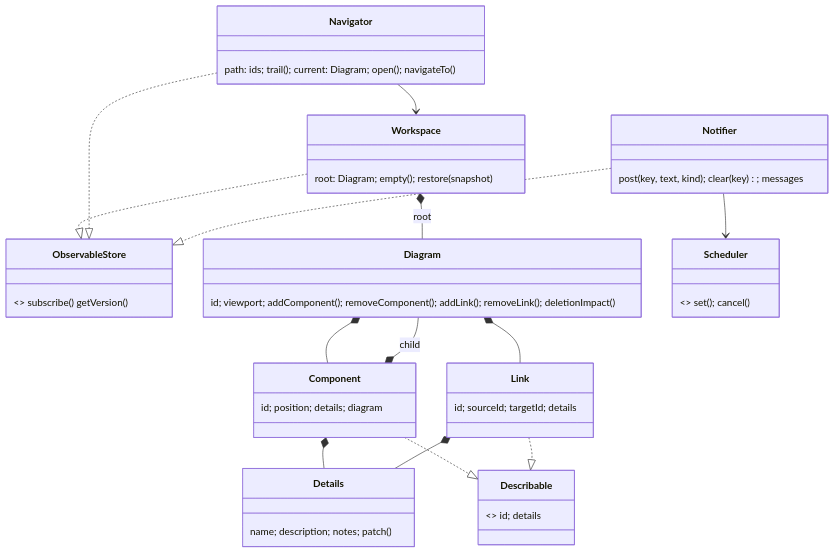
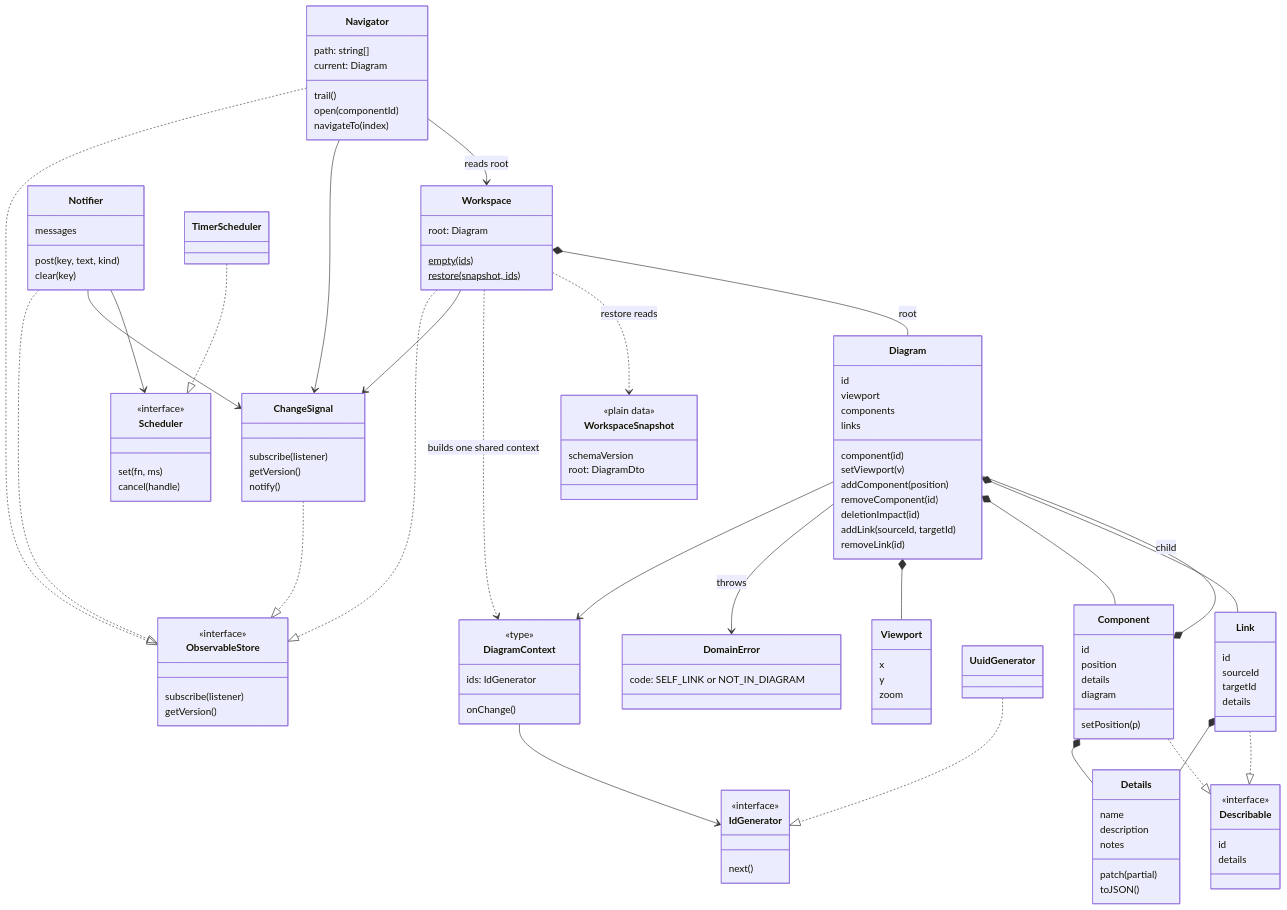
One commit to tylercoz/flow changed the diagram in docs/diagrams/domain-model.mmd. Above: the diagram before and after it, drawn with Mermaid. The commit also changed 76 other files, not shown here.

First line of the commit message:
feat: implement Flow MVP for nested component diagrams

```diff
--- a/docs/diagrams/domain-model.mmd
+++ b/docs/diagrams/domain-model.mmd
@@ -1,24 +1,120 @@
 classDiagram
-    class ObservableStore { <<interface>> subscribe() getVersion() }
-    class Workspace { root: Diagram; empty(); restore(snapshot) }
-    class Navigator { path: ids; trail(); current: Diagram; open(); navigateTo() }
-    class Diagram { id; viewport; addComponent(); removeComponent(); addLink(); removeLink(); deletionImpact() }
-    class Component { id; position; details; diagram }
-    class Link { id; sourceId; targetId; details }
-    class Details { name; description; notes; patch() }
-    class Describable { <<interface>> id; details }
-    class Notifier { post(key, text, kind); clear(key); messages }
-    class Scheduler { <<interface>> set(); cancel() }
+    class ObservableStore {
+        <<interface>>
+        subscribe(listener)
+        getVersion()
+    }
+    class ChangeSignal {
+        subscribe(listener)
+        getVersion()
+        notify()
+    }
+    class Workspace {
+        root: Diagram
+        empty(ids)$
+        restore(snapshot, ids)$
+    }
+    class DiagramContext {
+        <<type>>
+        ids: IdGenerator
+        onChange()
+    }
+    class Navigator {
+        path: string[]
+        current: Diagram
+        trail()
+        open(componentId)
+        navigateTo(index)
+    }
+    class Diagram {
+        id
+        viewport
+        components
+        links
+        component(id)
+        setViewport(v)
+        addComponent(position)
+        removeComponent(id)
+        deletionImpact(id)
+        addLink(sourceId, targetId)
+        removeLink(id)
+    }
+    class Component {
+        id
+        position
+        details
+        diagram
+        setPosition(p)
+    }
+    class Link {
+        id
+        sourceId
+        targetId
+        details
+    }
+    class Details {
+        name
+        description
+        notes
+        patch(partial)
+        toJSON()
+    }
+    class Describable {
+        <<interface>>
+        id
+        details
+    }
+    class Notifier {
+        messages
+        post(key, text, kind)
+        clear(key)
+    }
+    class Scheduler {
+        <<interface>>
+        set(fn, ms)
+        cancel(handle)
+    }
+    class TimerScheduler
+    class IdGenerator {
+        <<interface>>
+        next()
+    }
+    class UuidGenerator
+    class DomainError {
+        code: SELF_LINK or NOT_IN_DIAGRAM
+    }
+    class Viewport {
+        x
+        y
+        zoom
+    }
+    class WorkspaceSnapshot {
+        <<plain data>>
+        schemaVersion
+        root: DiagramDto
+    }
+    ChangeSignal ..|> ObservableStore
     Workspace ..|> ObservableStore
     Navigator ..|> ObservableStore
     Notifier ..|> ObservableStore
+    Workspace --> ChangeSignal
+    Navigator --> ChangeSignal
+    Notifier --> ChangeSignal
+    Workspace ..> DiagramContext : builds one shared context
+    Workspace ..> WorkspaceSnapshot : restore reads
+    Diagram --> DiagramContext
+    DiagramContext --> IdGenerator
+    Diagram --> DomainError : throws
+    Diagram *-- Viewport
     Workspace *-- Diagram : root
     Diagram *-- Component
     Diagram *-- Link
     Component *-- Diagram : child
     Component *-- Details
     Link *-- Details
     Component ..|> Describable
     Link ..|> Describable
-    Navigator --> Workspace
+    Navigator --> Workspace : reads root
     Notifier --> Scheduler
+    TimerScheduler ..|> Scheduler
+    UuidGenerator ..|> IdGenerator
```
